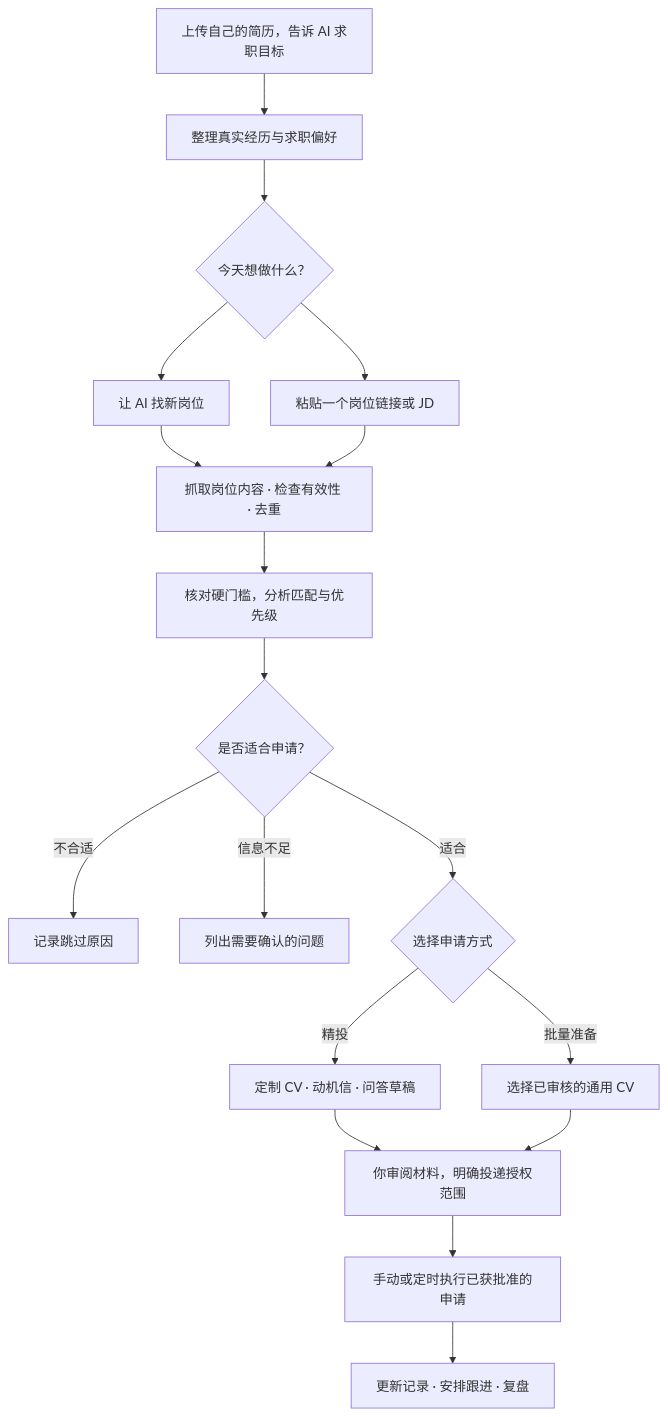
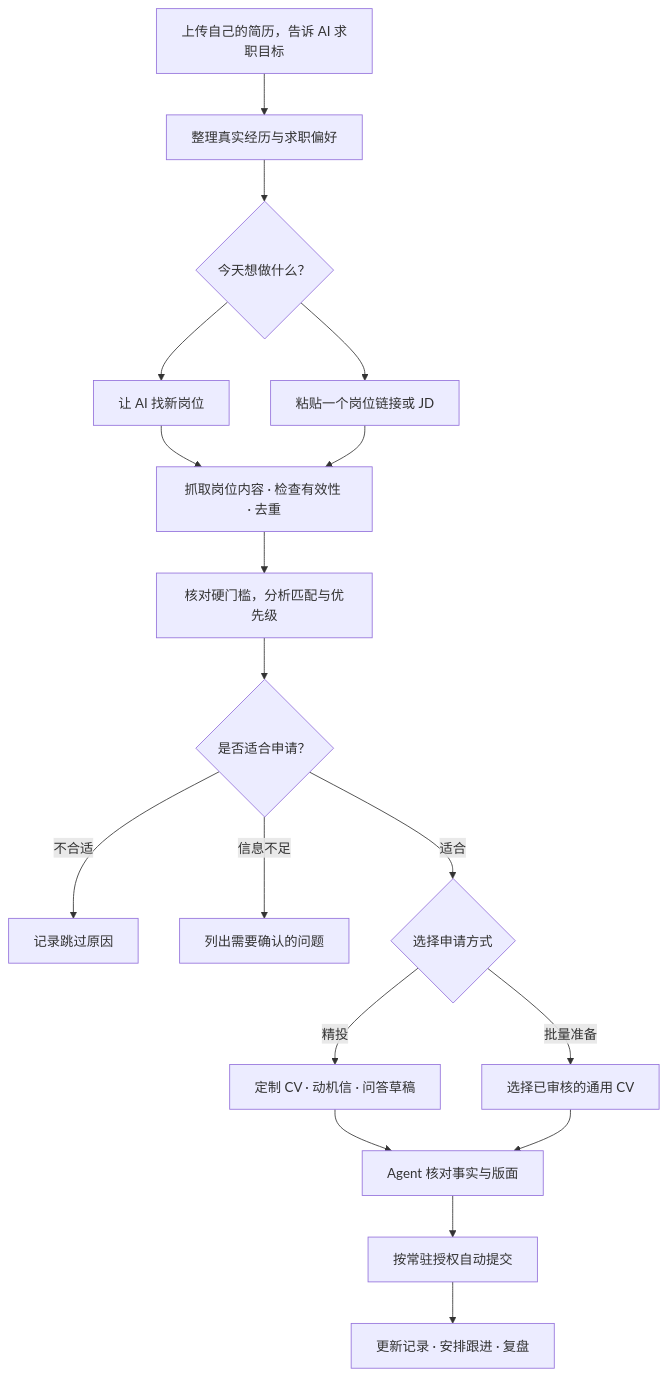
The diagram in README.md (ziyuan-404/Useless-LinkedIn), drawn with Mermaid before and after one commit. The commit also changed other lines of this file and 76 other files, not shown here.

````diff
--- a/README.md
+++ b/README.md
@@ -47,20 +47,20 @@
 ```mermaid
 flowchart TD
     A[上传自己的简历，告诉 AI 求职目标] --> B[整理真实经历与求职偏好]
     B --> C{今天想做什么？}
     C --> D[让 AI 找新岗位]
     C --> E[粘贴一个岗位链接或 JD]
     D --> F[抓取岗位内容 · 检查有效性 · 去重]
     E --> F
     F --> G[核对硬门槛，分析匹配与优先级]
     G --> H{是否适合申请？}
     H -->|不合适| I[记录跳过原因]
     H -->|信息不足| J[列出需要确认的问题]
     H -->|适合| K{选择申请方式}
     K -->|精投| L[定制 CV · 动机信 · 问答草稿]
     K -->|批量准备| M[选择已审核的通用 CV]
-    L --> N[你审阅材料，明确投递授权范围]
+    L --> N[Agent 核对事实与版面]
     M --> N
-    N --> O[手动或定时执行已获批准的申请]
+    N --> O[按常驻授权自动提交]
     O --> P[更新记录 · 安排跟进 · 复盘]
 ```
````
